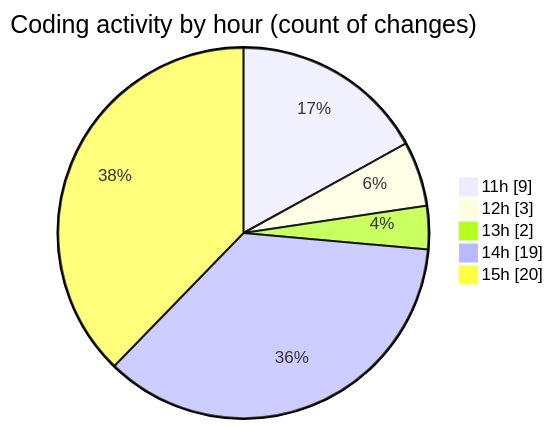
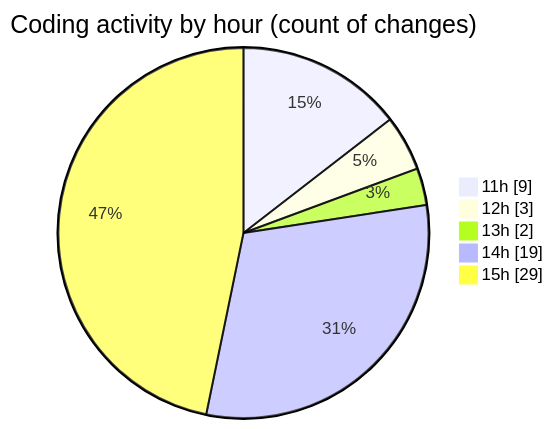
One commit to CELIANVF/code-tracking changed the second of 2 diagrams in 2025-01-21/monteur_automatique/README.md. Above: the diagram before and after it, drawn with Mermaid. The commit also changed other lines of this file and 1 other file, not shown here.

````diff
--- a/2025-01-21/monteur_automatique/README.md
+++ b/2025-01-21/monteur_automatique/README.md
@@ -32,9 +32,9 @@
 ```mermaid
 pie showData
 title Coding activity by hour (count of changes)
 "11h" : 9
 "12h" : 3
 "13h" : 2
 "14h" : 19
-"15h" : 20
+"15h" : 29
 ```
````
